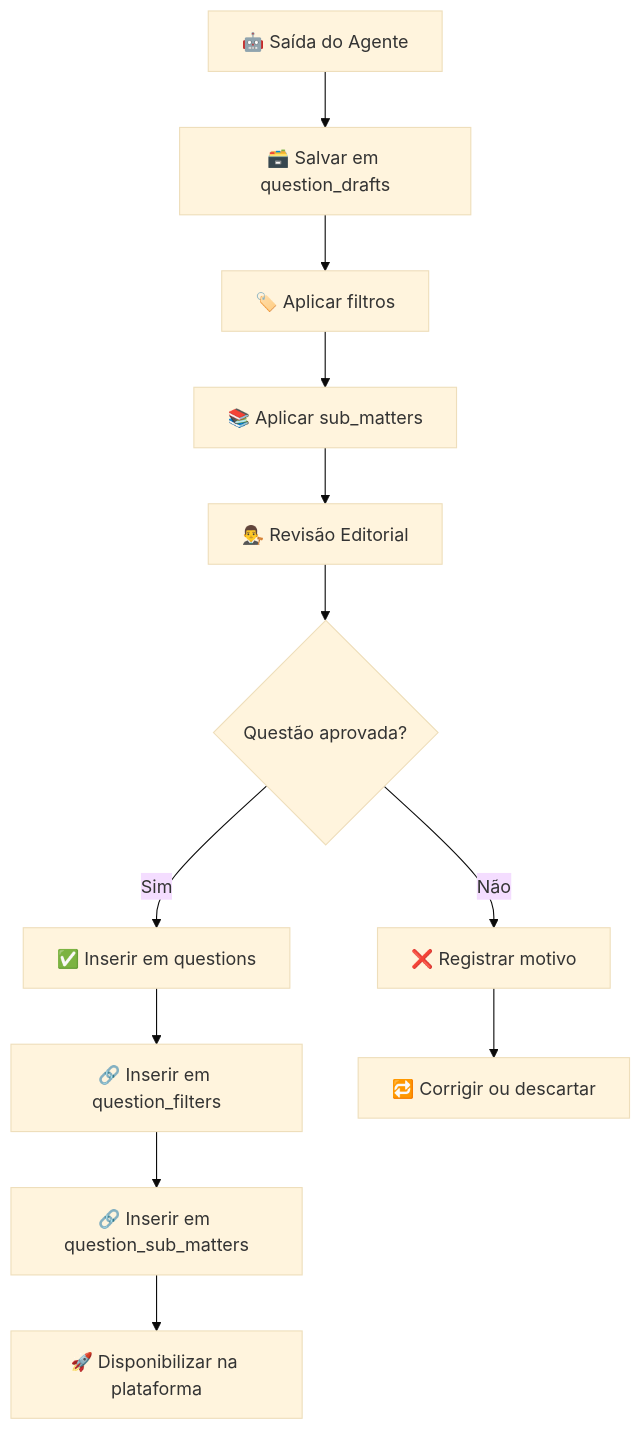
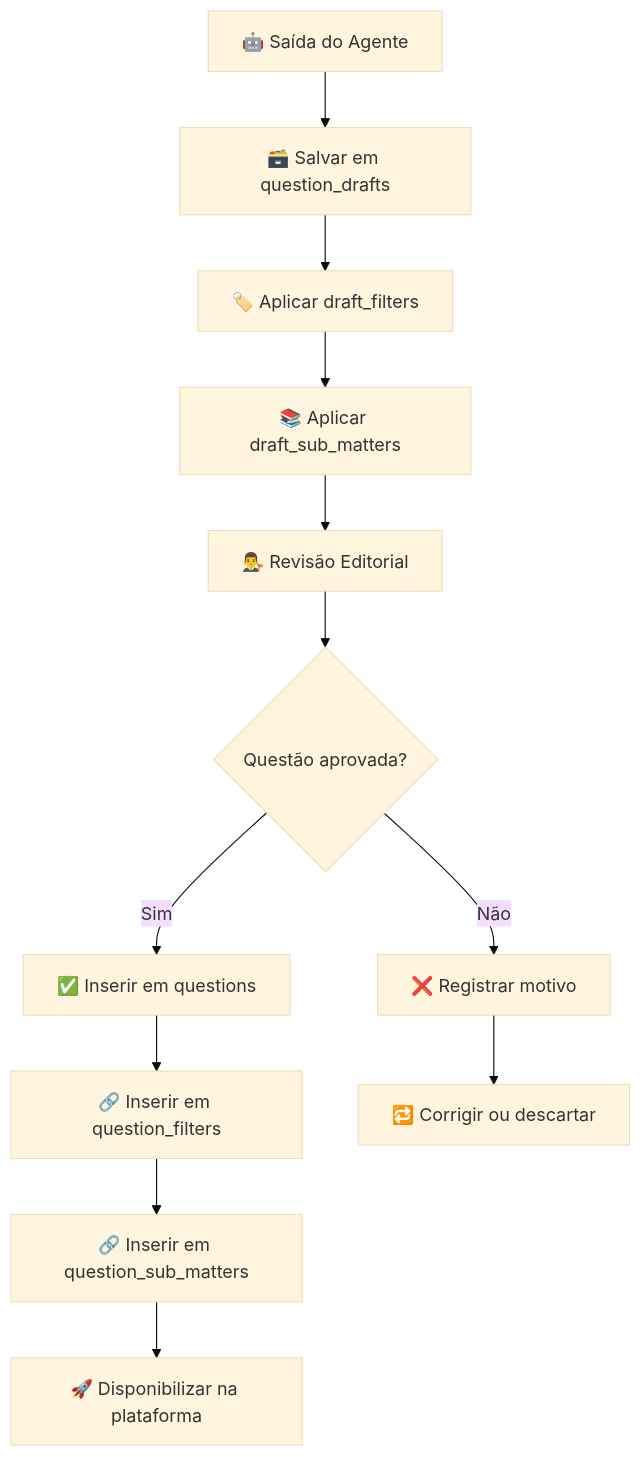
The fourth of 5 diagrams in README.md (matheusdiamantino-betalent/IA), drawn with Mermaid (base theme) before and after one commit. The commit also changed other lines of this file, not shown here.

````diff
--- a/README.md
+++ b/README.md
@@ -489,17 +521,17 @@
 ```mermaid
 flowchart TD
     A["🤖 Saída do Agente"] --> B["🗃️ Salvar em question_drafts"]
-    B --> C["🏷️ Aplicar filtros"]
-    C --> D["📚 Aplicar sub_matters"]
+    B --> C["🏷️ Aplicar draft_filters"]
+    C --> D["📚 Aplicar draft_sub_matters"]
     D --> E["👨‍⚖️ Revisão Editorial"]
 
     E --> F{"Questão aprovada?"}
 
     F -->|Sim| G["✅ Inserir em questions"]
     G --> H["🔗 Inserir em question_filters"]
     H --> I["🔗 Inserir em question_sub_matters"]
     I --> J["🚀 Disponibilizar na plataforma"]
 
     F -->|Não| K["❌ Registrar motivo"]
     K --> L["🔁 Corrigir ou descartar"]
 ```
````
